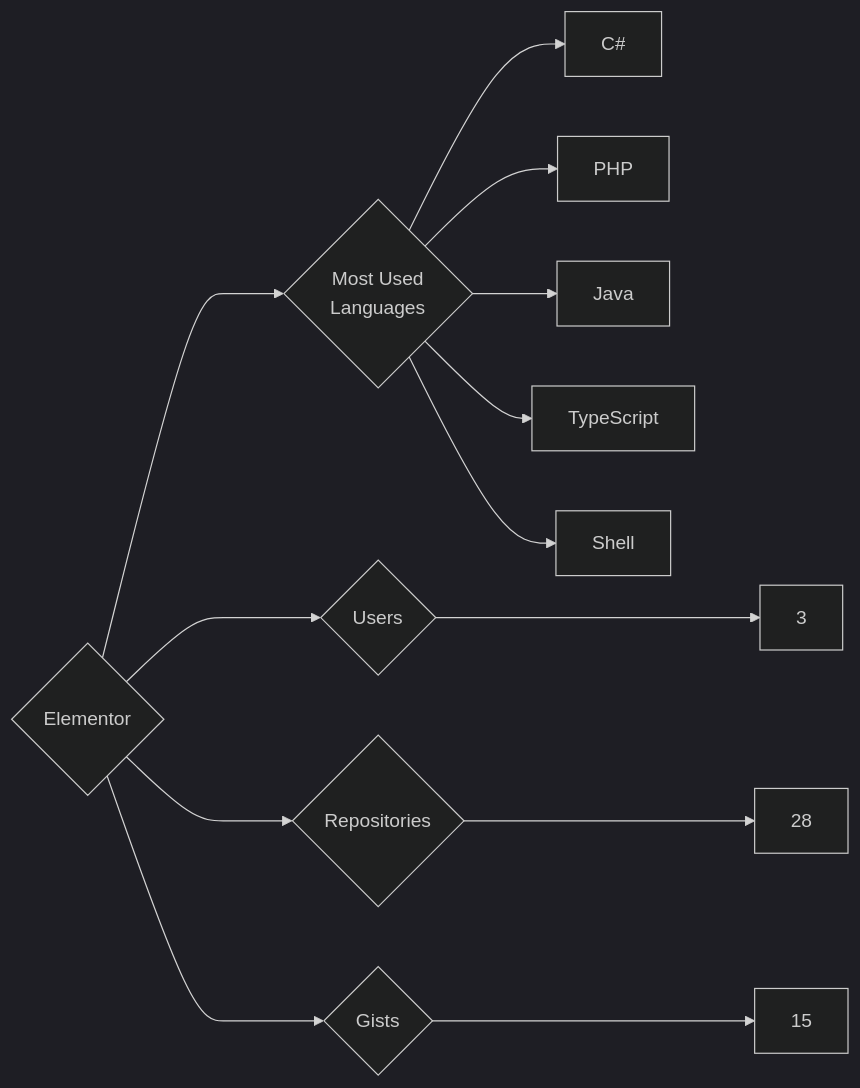
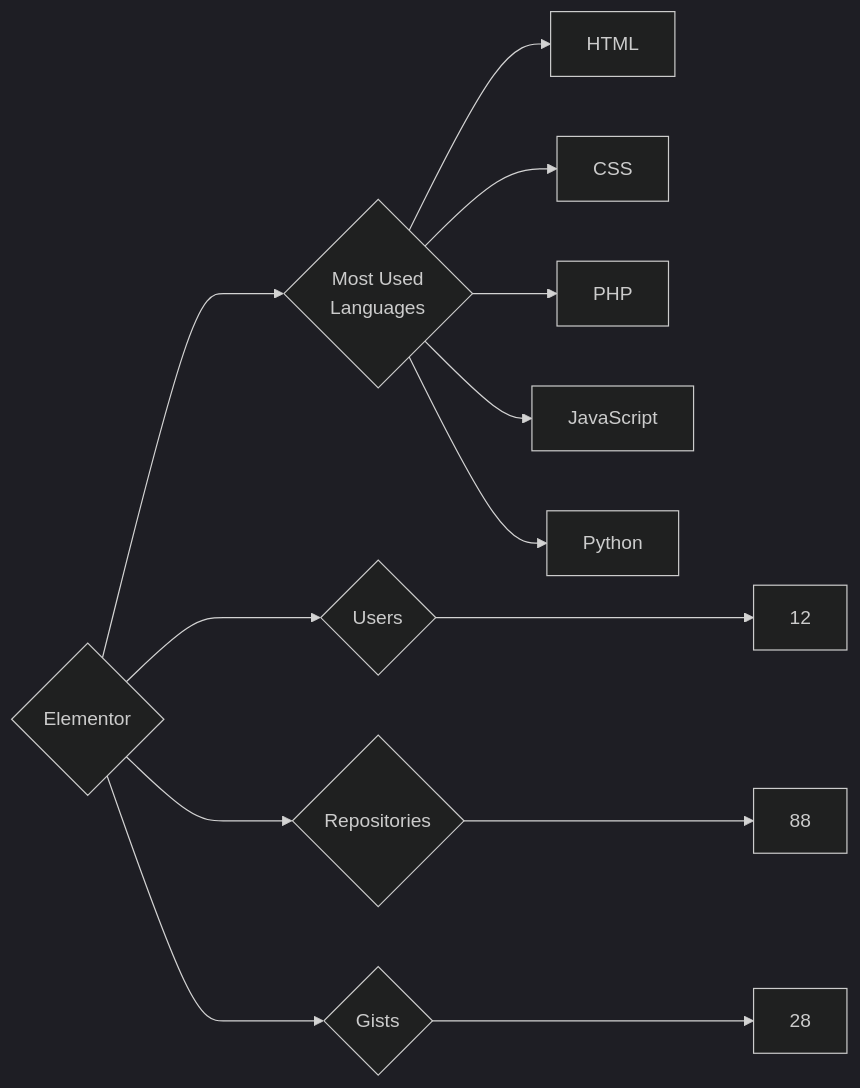
The diagram in targets/Elementor/README.md (trickest/insiders), drawn with Mermaid (dark theme) before and after one commit. The commit also changed 870 other files, not shown here.

````diff
--- a/targets/Elementor/README.md
+++ b/targets/Elementor/README.md
@@ -3,13 +3,13 @@
 ```mermaid
 graph LR
 COMPANY_NAME{Elementor}
-COMPANY_NAME ---> U{Users} ---> UN[3]
-COMPANY_NAME ---> R{Repositories} ---> RN[28]
-COMPANY_NAME ---> G{Gists} ---> GN[15]
+COMPANY_NAME ---> U{Users} ---> UN[12]
+COMPANY_NAME ---> R{Repositories} ---> RN[88]
+COMPANY_NAME ---> G{Gists} ---> GN[28]
 COMPANY_NAME ---> ML{Most Used<br>Languages}
-ML --> C#[C#]
+ML --> HTML[HTML]
+ML --> CSS[CSS]
 ML --> PHP[PHP]
-ML --> Java[Java]
-ML --> TypeScript[TypeScript]
-ML --> Shell[Shell]
+ML --> JavaScript[JavaScript]
+ML --> Python[Python]
 ```
````
